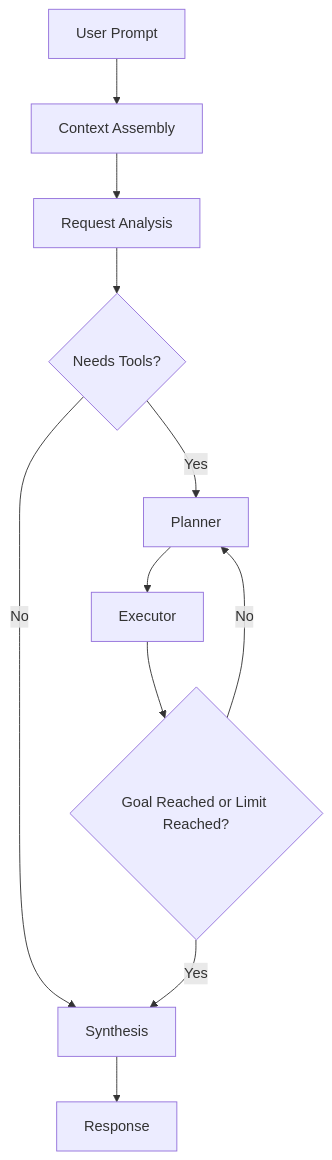
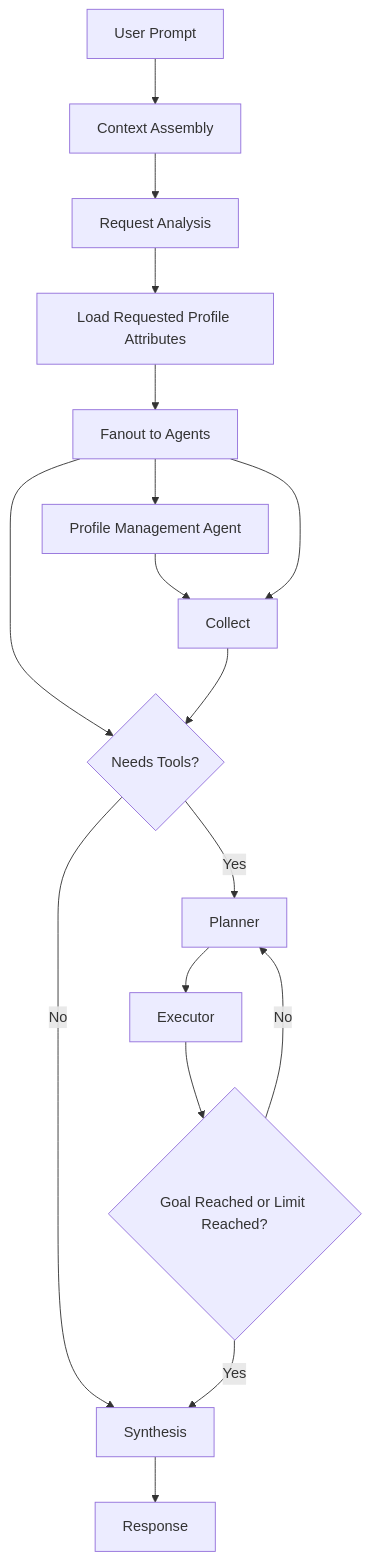
Before and after one commit to mikeshutov/llm_poc: the first of 3 diagrams in README.md, drawn with Mermaid. The commit also changed other lines of this file and 15 other files, not shown here.

Commit message:
run profile management in parallel and clean up logging

````diff
--- a/README.md
+++ b/README.md
@@ -27,13 +29,19 @@
 ```mermaid
 flowchart TD
     A[User Prompt] --> B[Context Assembly]
     B --> C[Request Analysis]
-    C --> D{Needs Tools?}
-    D -->|No| F[Synthesis]
-    D -->|Yes| E[Planner]
-    E --> H[Executor]
-    H --> G{Goal Reached or Limit Reached?}
-    G -->|No| E
-    G -->|Yes| F
-    F --> I[Response]
+    C --> D[Load Requested Profile Attributes]
+    D --> E[Fanout to Agents]
+    E --> P[Profile Management Agent]
+    E --> F{Needs Tools?}
+    F -->|No| J[Synthesis]
+    F -->|Yes| G[Planner]
+    G --> H[Executor]
+    H --> I{Goal Reached or Limit Reached?}
+    I -->|No| G
+    I -->|Yes| J
+    P --> K[Collect]
+    J --> L[Response]
+    E --> K
+    K --> F
 ```
````
